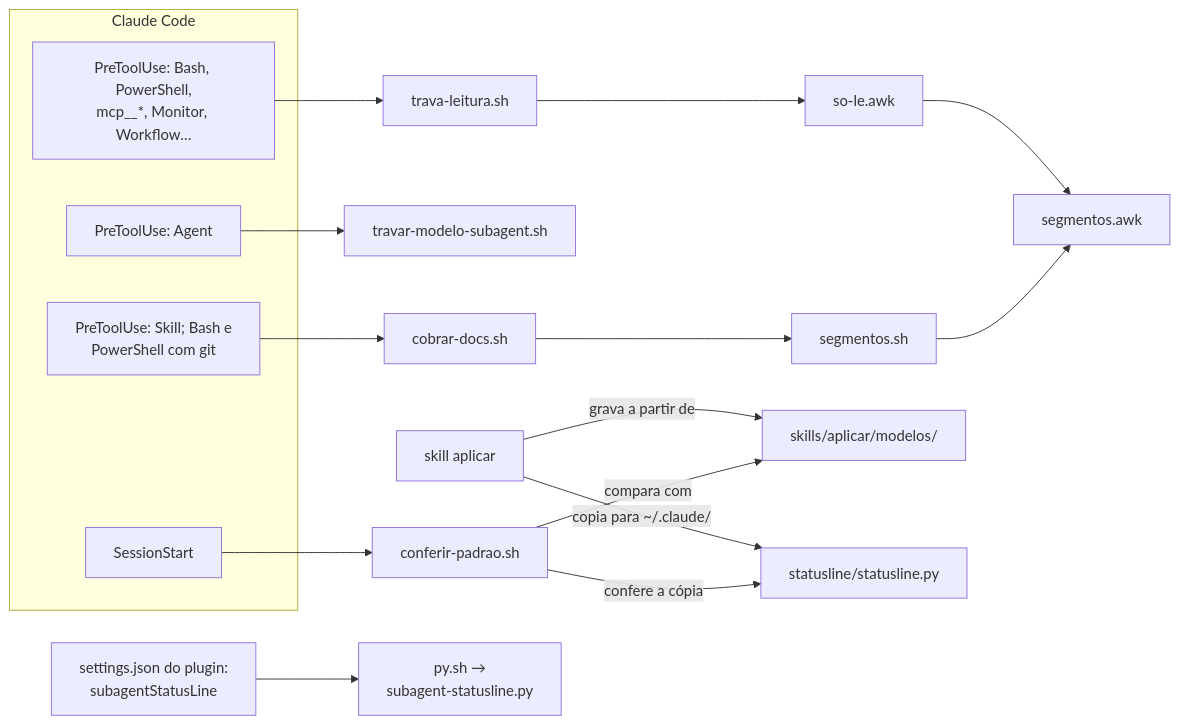
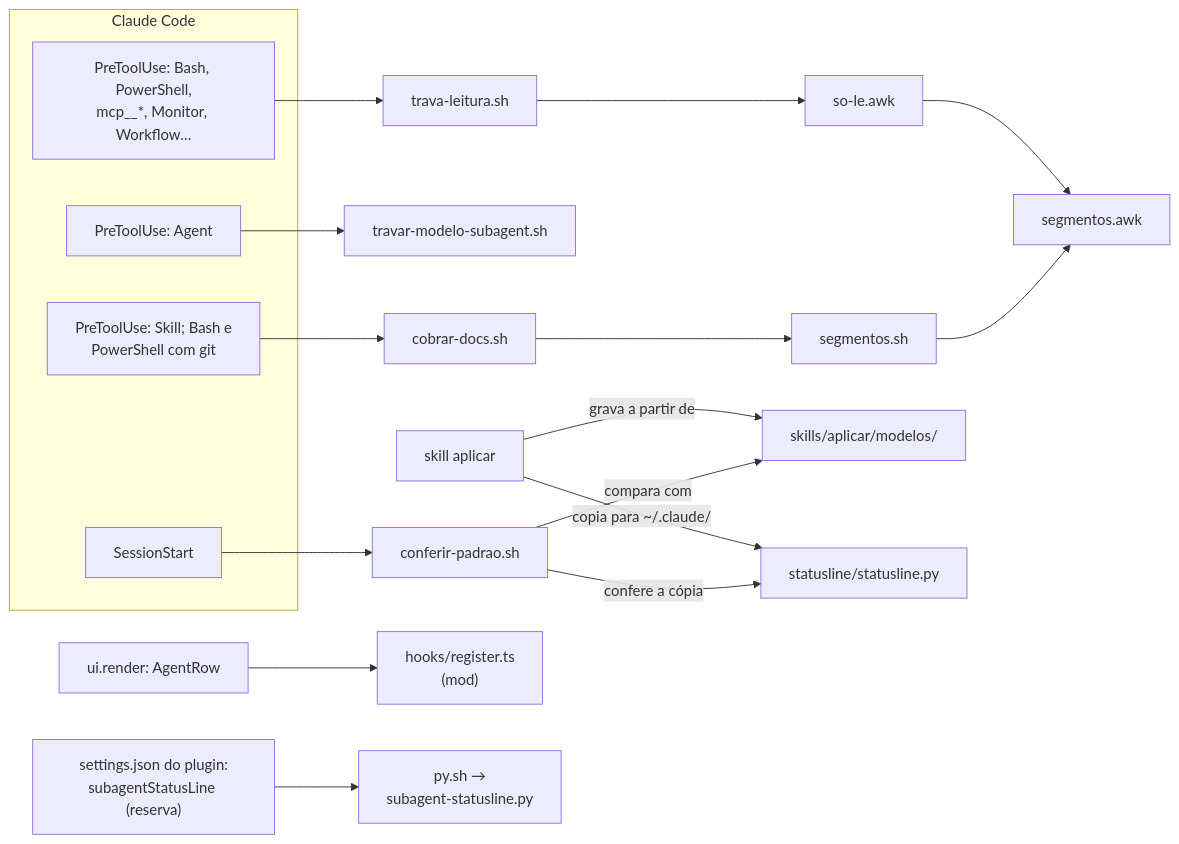
One commit to Kortek-Tecnologia/claude-padrao changed the first of 5 diagrams in docs/como-funciona.md. Above: the diagram before and after it, drawn with Mermaid. The commit also changed other lines of this file and 8 other files, not shown here.

First line of the commit message:
padrao 2.7.0: linha dos subagents como mod, com o subagentStatusLine de reserva

````diff
--- a/docs/como-funciona.md
+++ b/docs/como-funciona.md
@@ -8,18 +8,19 @@
 ```mermaid
 flowchart LR
   subgraph CC["Claude Code"]
     SS["SessionStart"]
     AG["PreToolUse: Agent"]
     BT["PreToolUse: Bash, PowerShell,<br/>mcp__*, Monitor, Workflow…"]
     GC["PreToolUse: Skill; Bash e<br/>PowerShell com git"]
   end
   SS --> CP["conferir-padrao.sh"]
   AG --> TM["travar-modelo-subagent.sh"]
   BT --> TL["trava-leitura.sh"] --> SL["so-le.awk"] --> SG["segmentos.awk"]
   GC --> CD["cobrar-docs.sh"] --> SH["segmentos.sh"] --> SG
   AP["skill aplicar"] -->|"grava a partir de"| MOD["skills/aplicar/modelos/"]
   CP -->|"compara com"| MOD
   AP -->|"copia para ~/.claude/"| ST["statusline/statusline.py"]
   CP -->|"confere a cópia"| ST
-  PS["settings.json do plugin:<br/>subagentStatusLine"] --> SU["py.sh →<br/>subagent-statusline.py"]
+  UI["ui.render: AgentRow"] --> RT["hooks/register.ts<br/>(mod)"]
+  PS["settings.json do plugin:<br/>subagentStatusLine (reserva)"] --> SU["py.sh →<br/>subagent-statusline.py"]
 ```
````
